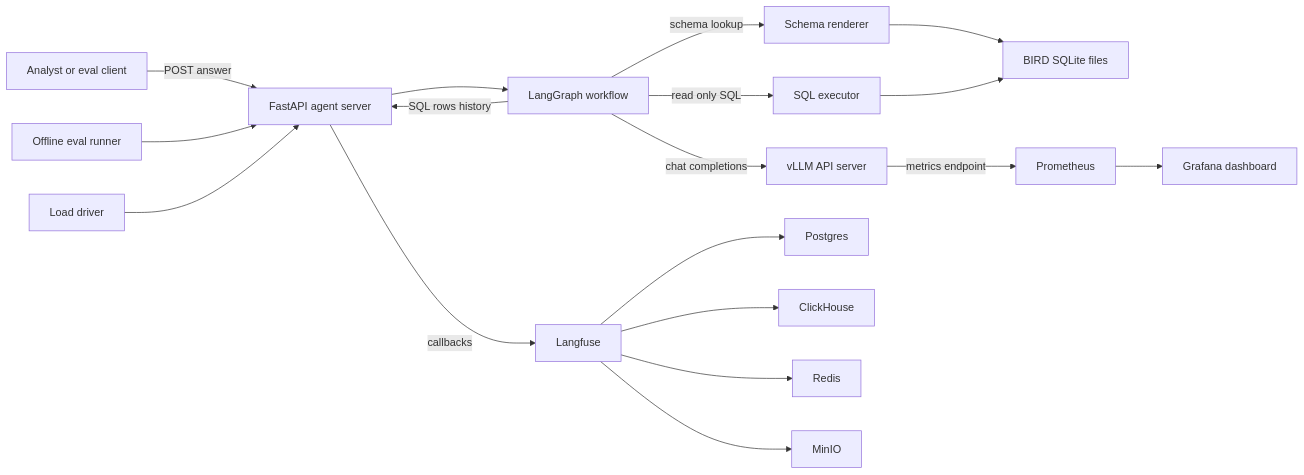
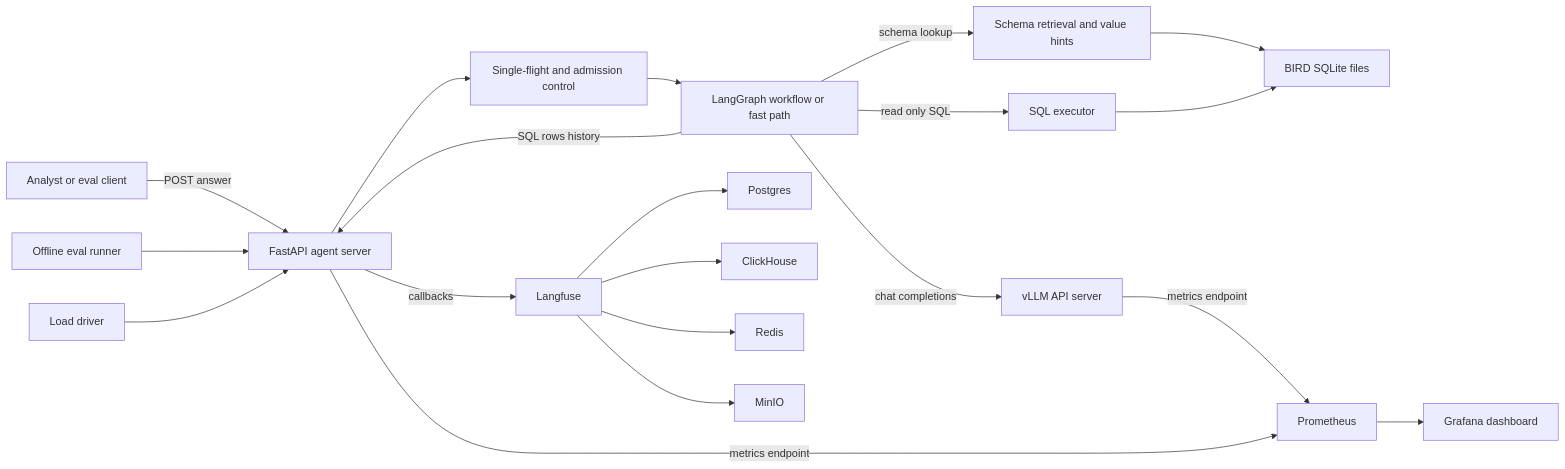
The first of 10 diagrams in assets/docs/ARCHITECTURE.md (khab40/mlops-hw3), drawn with Mermaid before and after one commit. The commit also changed other lines of this file and 22 other files, not shown here.

````diff
--- a/assets/docs/ARCHITECTURE.md
+++ b/assets/docs/ARCHITECTURE.md
@@ -11,23 +11,25 @@
 ```mermaid
 flowchart LR
     Analyst["Analyst or eval client"] -->|POST answer| AgentAPI["FastAPI agent server"]
-    AgentAPI --> Graph["LangGraph workflow"]
-    Graph -->|schema lookup| Schema["Schema renderer"]
+    AgentAPI --> Gate["Single-flight and admission control"]
+    Gate --> Graph["LangGraph workflow or fast path"]
+    Graph -->|schema lookup| Schema["Schema retrieval and value hints"]
     Schema --> Bird["BIRD SQLite files"]
     Graph -->|chat completions| VLLM["vLLM API server"]
     Graph -->|read only SQL| Executor["SQL executor"]
     Executor --> Bird
     Graph -->|SQL rows history| AgentAPI
 
     VLLM -->|metrics endpoint| Prometheus["Prometheus"]
+    AgentAPI -->|metrics endpoint| Prometheus
     Prometheus --> Grafana["Grafana dashboard"]
 
     AgentAPI -->|callbacks| Langfuse["Langfuse"]
     Langfuse --> Postgres["Postgres"]
     Langfuse --> ClickHouse["ClickHouse"]
     Langfuse --> Redis["Redis"]
     Langfuse --> MinIO["MinIO"]
 
     EvalRunner["Offline eval runner"] --> AgentAPI
     LoadDriver["Load driver"] --> AgentAPI
 ```
````
